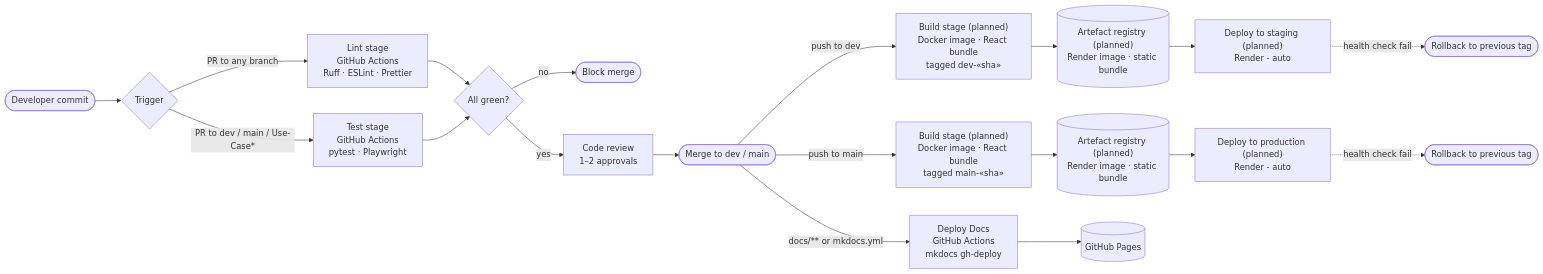
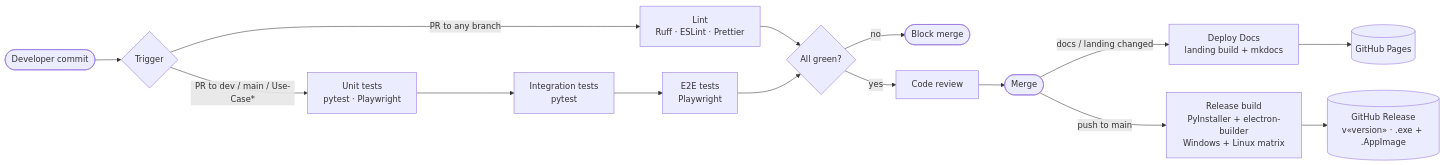
Before and after one commit to COS301-SE-2026/Gesture-Based-Drone-Control: the diagram in docs/SAS.md, drawn with Mermaid. The commit also changed other lines of this file and 2 other files, not shown here.

````diff
--- a/docs/SAS.md
+++ b/docs/SAS.md
@@ -430,27 +296,16 @@
 ```mermaid
 flowchart LR
     DEV([Developer commit]) --> PR{Trigger}
-    PR -->|PR to any branch| LINT[Lint stage<br/>GitHub Actions<br/>Ruff · ESLint · Prettier]
-    PR -->|PR to dev / main / Use-Case*| TEST[Test stage<br/>GitHub Actions<br/>pytest · Playwright]
-
-    LINT --> GATE1{All green?}
-    TEST --> GATE1
-    GATE1 -- no --> FAIL([Block merge])
-    GATE1 -- yes --> REVIEW[Code review<br/>1–2 approvals]
-    REVIEW --> MERGE([Merge to dev / main])
-
-    MERGE -->|push to dev| BUILD_STG["Build stage (planned)<br/>Docker image · React bundle<br/>tagged dev-«sha»"]
-    MERGE -->|push to main| BUILD_PROD["Build stage (planned)<br/>Docker image · React bundle<br/>tagged main-«sha»"]
-
-    BUILD_STG --> ART1[("Artefact registry (planned)<br/>Render image · static bundle")]
-    BUILD_PROD --> ART2[("Artefact registry (planned)<br/>Render image · static bundle")]
-
-    ART1 --> DEPLOY_STG["Deploy to staging (planned)<br/>Render - auto"]
-    ART2 --> DEPLOY_PROD["Deploy to production (planned)<br/>Render - auto"]
-
-    MERGE -->|docs/** or mkdocs.yml| DOCS[Deploy Docs<br/>GitHub Actions<br/>mkdocs gh-deploy]
-    DOCS --> PAGES[(GitHub Pages)]
-
-    DEPLOY_STG -.->|health check fail| ROLLBACK_STG([Rollback to previous tag])
-    DEPLOY_PROD -.->|health check fail| ROLLBACK_PROD([Rollback to previous tag])
+    PR -->|PR to any branch| LINT[Lint<br/>Ruff · ESLint · Prettier]
+    PR -->|PR to dev / main / Use-Case*| UNIT[Unit tests<br/>pytest · Playwright]
+    UNIT --> INT[Integration tests<br/>pytest]
+    INT --> E2E[E2E tests<br/>Playwright]
+ 
+    LINT --> GATE{All green?}
+    E2E --> GATE
+    GATE -- no --> FAIL([Block merge])
+    GATE -- yes --> REVIEW[Code review] --> MERGE([Merge])
+ 
+    MERGE -->|docs / landing changed| DOCS[Deploy Docs<br/>landing build + mkdocs] --> PAGES[(GitHub Pages)]
+    MERGE -->|push to main| BUILD[Release build<br/>PyInstaller + electron-builder<br/>Windows + Linux matrix] --> ART[(GitHub Release<br/>v«version» · .exe + .AppImage)]
 ```
````
